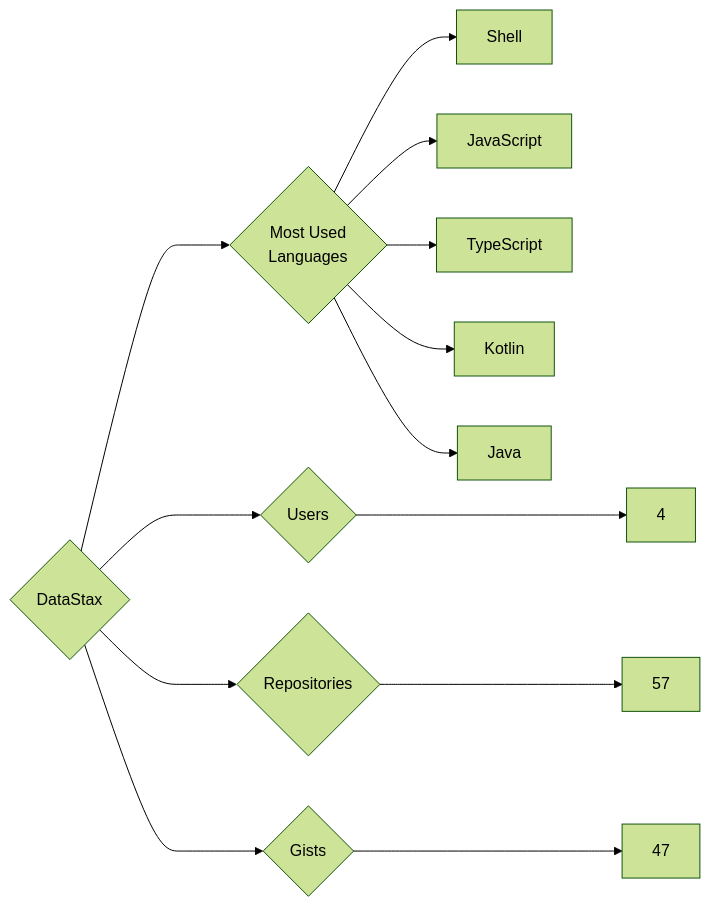
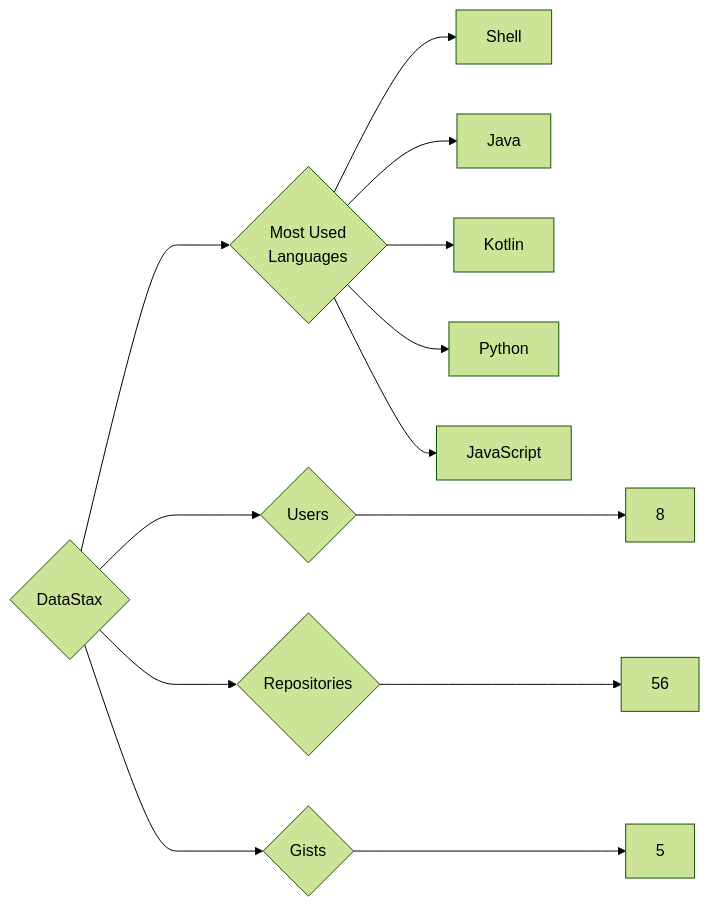
One commit to trickest/insiders changed the diagram in targets/DataStax/README.md. Above: the diagram before and after it, drawn with Mermaid (forest theme). The commit also changed 1089 other files, not shown here.

````diff
--- a/targets/DataStax/README.md
+++ b/targets/DataStax/README.md
@@ -3,13 +3,13 @@
 ```mermaid
 graph LR
 COMPANY_NAME{DataStax}
-COMPANY_NAME ---> U{Users} ---> UN[4]
-COMPANY_NAME ---> R{Repositories} ---> RN[57]
-COMPANY_NAME ---> G{Gists} ---> GN[47]
+COMPANY_NAME ---> U{Users} ---> UN[8]
+COMPANY_NAME ---> R{Repositories} ---> RN[56]
+COMPANY_NAME ---> G{Gists} ---> GN[5]
 COMPANY_NAME ---> ML{Most Used<br>Languages}
 ML --> Shell[Shell]
+ML --> Java[Java]
+ML --> Kotlin[Kotlin]
+ML --> Python[Python]
 ML --> JavaScript[JavaScript]
-ML --> TypeScript[TypeScript]
-ML --> Kotlin[Kotlin]
-ML --> Java[Java]
 ```
````
